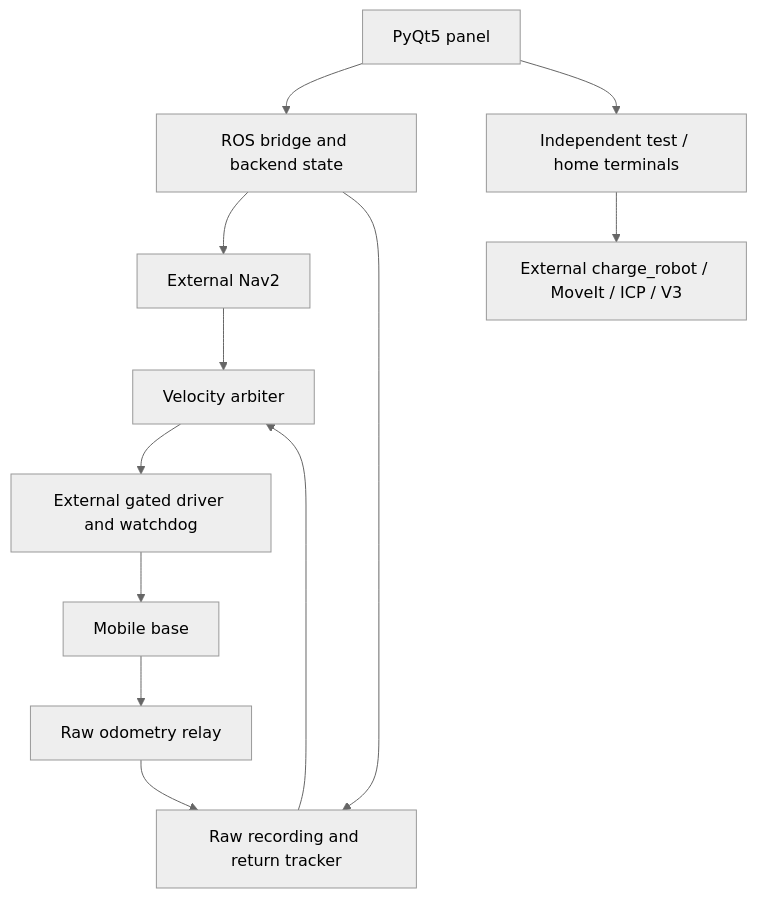
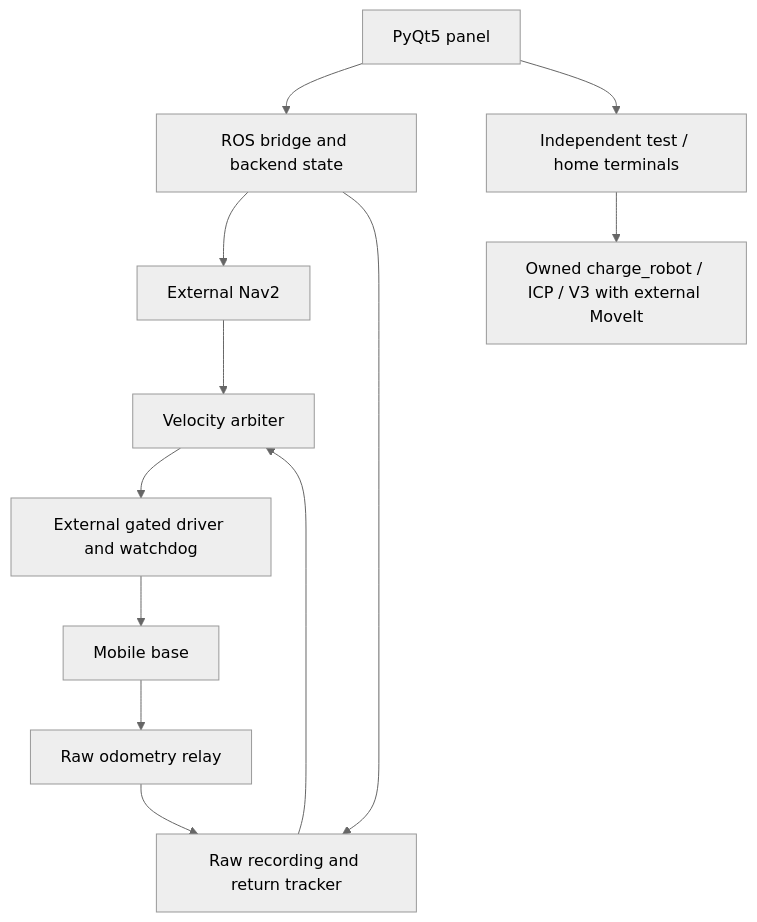
The second of 3 diagrams in README.en.md (Pvpproof/autonomous-charging-robot), drawn with Mermaid (neutral theme) before and after one commit. The commit also changed other lines of this file and 73 other files, not shown here.

````diff
--- a/README.en.md
+++ b/README.en.md
@@ -29,14 +33,14 @@
 ```mermaid
 flowchart TB
   UI[PyQt5 panel] --> BR[ROS bridge and backend state]
   BR --> NAV[External Nav2]
   BR --> REC[Raw recording and return tracker]
   NAV --> ARB[Velocity arbiter]
   REC --> ARB
   ARB --> DRIVER[External gated driver and watchdog]
   DRIVER --> BASE[Mobile base]
   BASE --> RELAY[Raw odometry relay]
   RELAY --> REC
   UI --> TERM[Independent test / home terminals]
-  TERM --> ARM[External charge_robot / MoveIt / ICP / V3]
+  TERM --> ARM[Owned charge_robot / ICP / V3 with external MoveIt]
 ```
````
